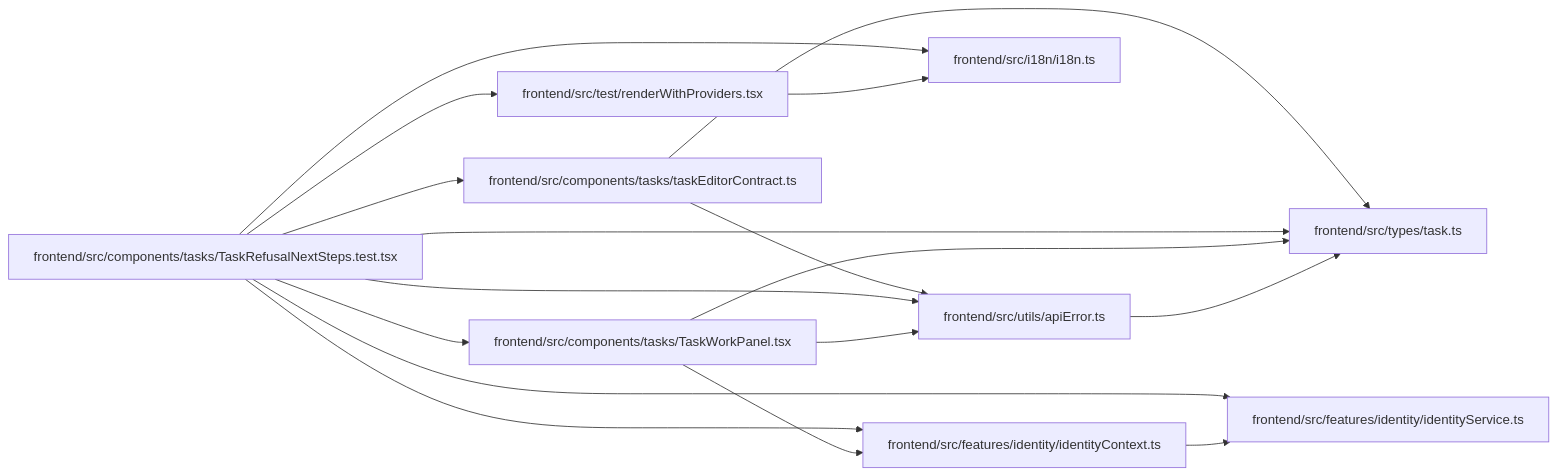
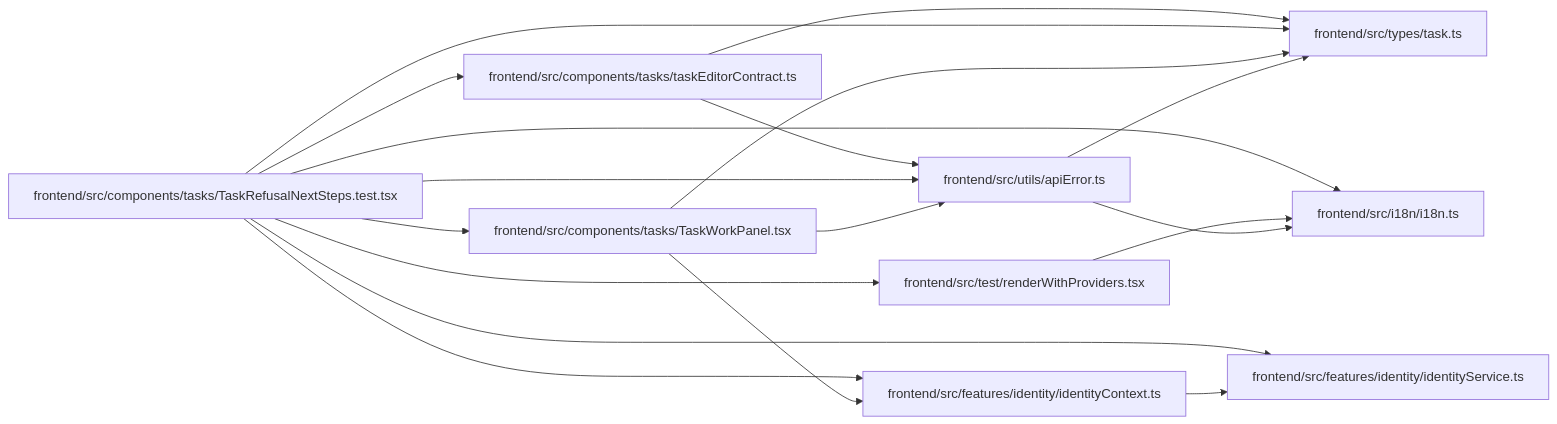
Before and after one commit to Denissvgn/WorkChord: the diagram in docs/llm_wiki/modules/TaskRefusalNextSteps.test.md, drawn with Mermaid. The commit also changed 728 other files, not shown here.

Commit message:
Sync the architectural wiki for the reassign reviewer warning

````diff
--- a/docs/llm_wiki/modules/TaskRefusalNextSteps.test.md
+++ b/docs/llm_wiki/modules/TaskRefusalNextSteps.test.md
@@ -36,37 +36,38 @@
 ```mermaid
 flowchart LR
     n0["frontend/src/components/tasks/taskEditorContract.ts"]
     n1["frontend/src/components/tasks/TaskRefusalNextSteps.test.tsx"]
     n2["frontend/src/components/tasks/TaskWorkPanel.tsx"]
     n3["frontend/src/features/identity/identityContext.ts"]
     n4["frontend/src/features/identity/identityService.ts"]
     n5["frontend/src/i18n/i18n.ts"]
     n6["frontend/src/test/renderWithProviders.tsx"]
     n7["frontend/src/types/task.ts"]
     n8["frontend/src/utils/apiError.ts"]
     n0 --> n7
     n0 --> n8
     n1 --> n0
     n1 --> n2
     n1 --> n3
     n1 --> n4
     n1 --> n5
     n1 --> n6
     n1 --> n7
     n1 --> n8
     n2 --> n3
     n2 --> n7
     n2 --> n8
     n3 --> n4
     n6 --> n5
+    n8 --> n5
     n8 --> n7
     click n0 "../modules/taskEditorContract.md"
     click n1 "../modules/TaskRefusalNextSteps.test.md"
     click n2 "../modules/TaskWorkPanel.md"
     click n3 "../modules/identityContext.md"
     click n4 "../modules/identityService.md"
     click n5 "../modules/i18n.md"
     click n6 "../modules/renderWithProviders.md"
     click n7 "../modules/types_task.md"
     click n8 "../modules/apiError.md"
 ```
````
